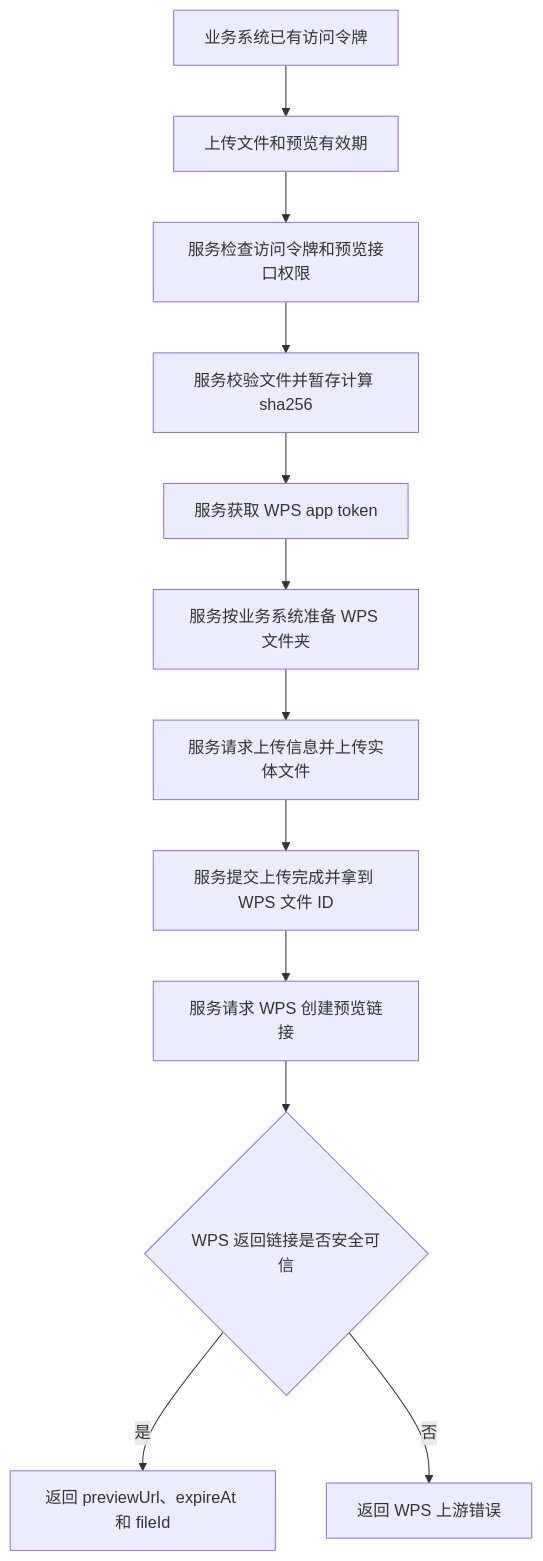
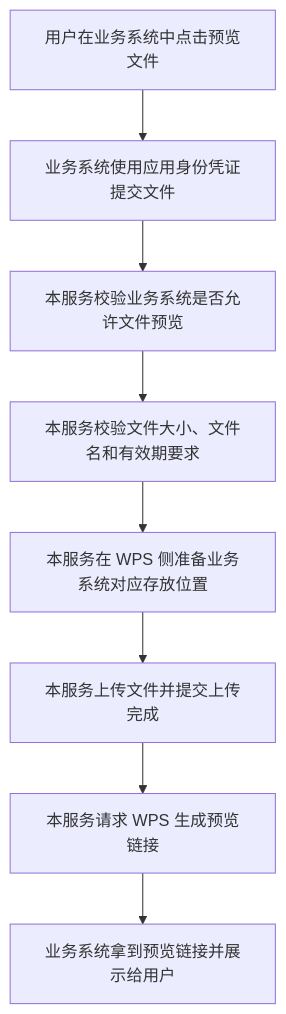
Before and after one commit to a1351995160/yungateway-minimal-token-wps: the third of 4 diagrams in docs/features/wps-yundoc-interface-mvp-feature.zh-CN.md, drawn with Mermaid. The commit also changed other lines of this file and 151 other files, not shown here.

````diff
--- a/docs/features/wps-yundoc-interface-mvp-feature.zh-CN.md
+++ b/docs/features/wps-yundoc-interface-mvp-feature.zh-CN.md
@@ -103,14 +82,10 @@
 ```mermaid
 flowchart TD
-    A["业务系统已有访问令牌"] --> B["上传文件和预览有效期"]
-    B --> C["服务检查访问令牌和预览接口权限"]
-    C --> D["服务校验文件并暂存计算 sha256"]
-    D --> E["服务获取 WPS app token"]
-    E --> F["服务按业务系统准备 WPS 文件夹"]
-    F --> G["服务请求上传信息并上传实体文件"]
-    G --> H["服务提交上传完成并拿到 WPS 文件 ID"]
-    H --> I["服务请求 WPS 创建预览链接"]
-    I --> J{WPS 返回链接是否安全可信}
-    J -->|是| K["返回 previewUrl、expireAt 和 fileId"]
-    J -->|否| L["返回 WPS 上游错误"]
+    A["用户在业务系统中点击预览文件"] --> B["业务系统使用应用身份凭证提交文件"]
+    B --> C["本服务校验业务系统是否允许文件预览"]
+    C --> D["本服务校验文件大小、文件名和有效期要求"]
+    D --> E["本服务在 WPS 侧准备业务系统对应存放位置"]
+    E --> F["本服务上传文件并提交上传完成"]
+    F --> G["本服务请求 WPS 生成预览链接"]
+    G --> H["业务系统拿到预览链接并展示给用户"]
 ```
````
